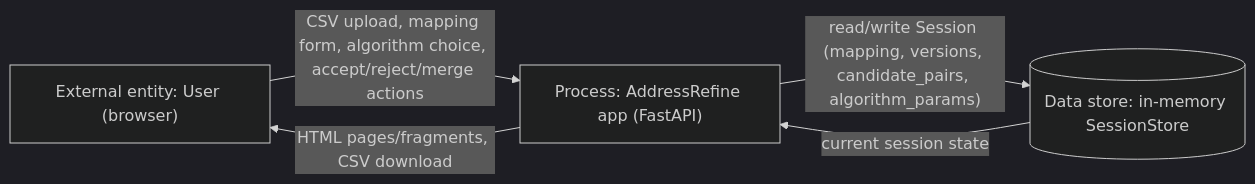
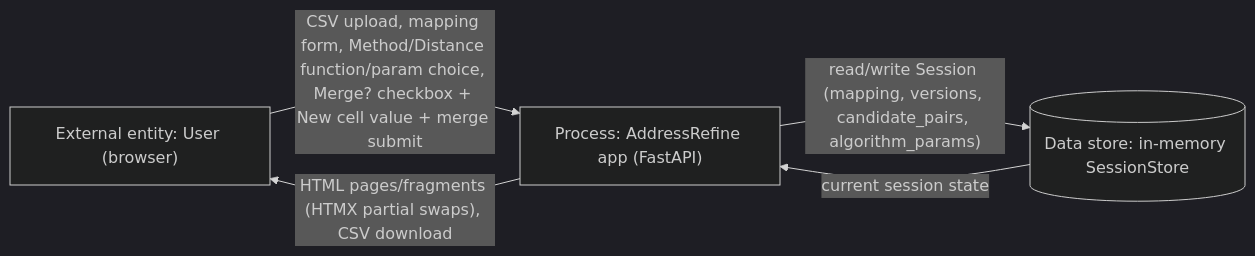
The first of 2 diagrams in docs/ba/diagrams/data-flow-diagram.md (hoanghaithanh/AddressRefine), drawn with Mermaid (dark theme) before and after one commit. The commit also changed other lines of this file and 40 other files, not shown here.

First line of the commit message:
M4: combine algorithm/results into one live page with pairwise merge-review

````diff
--- a/docs/ba/diagrams/data-flow-diagram.md
+++ b/docs/ba/diagrams/data-flow-diagram.md
@@ -7,11 +10,11 @@
 ```mermaid
 flowchart LR
     User["External entity: User (browser)"]
     App["Process: AddressRefine app (FastAPI)"]
     Session[("Data store: in-memory SessionStore")]
 
-    User -- "CSV upload, mapping form, algorithm choice, accept/reject/merge actions" --> App
-    App -- "HTML pages/fragments, CSV download" --> User
+    User -- "CSV upload, mapping form, Method/Distance function/param choice, Merge? checkbox + New cell value + merge submit" --> App
+    App -- "HTML pages/fragments (HTMX partial swaps), CSV download" --> User
     App -- "read/write Session (mapping, versions, candidate_pairs, algorithm_params)" --> Session
     Session -- "current session state" --> App
 ```
````
